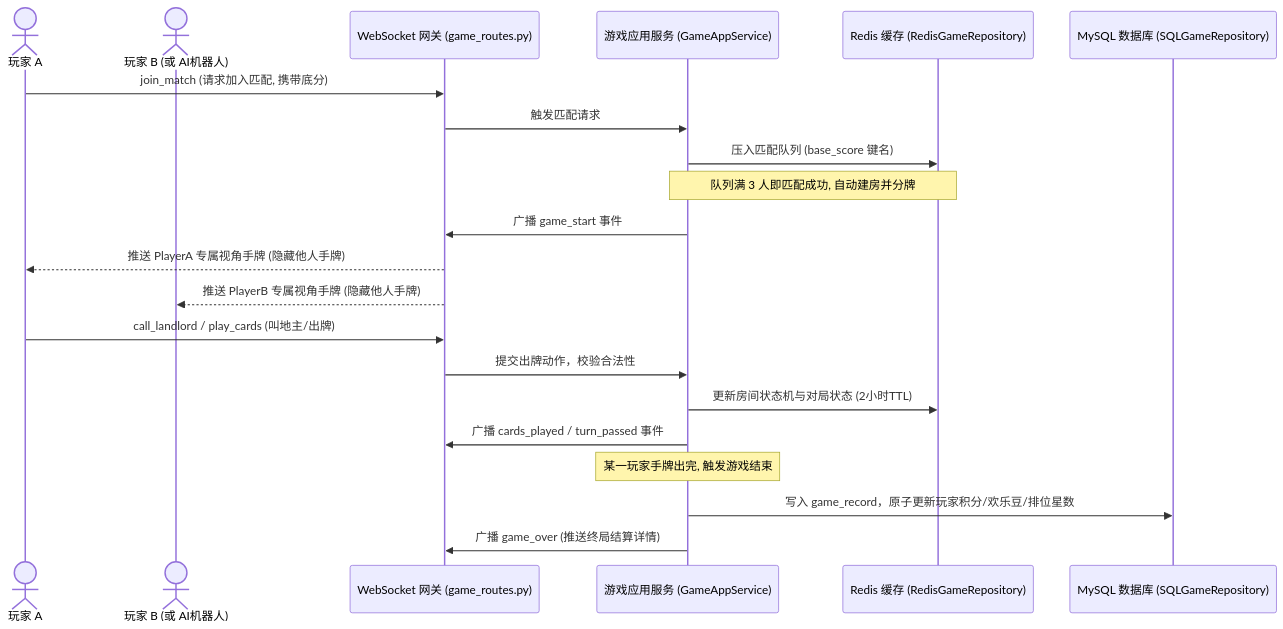
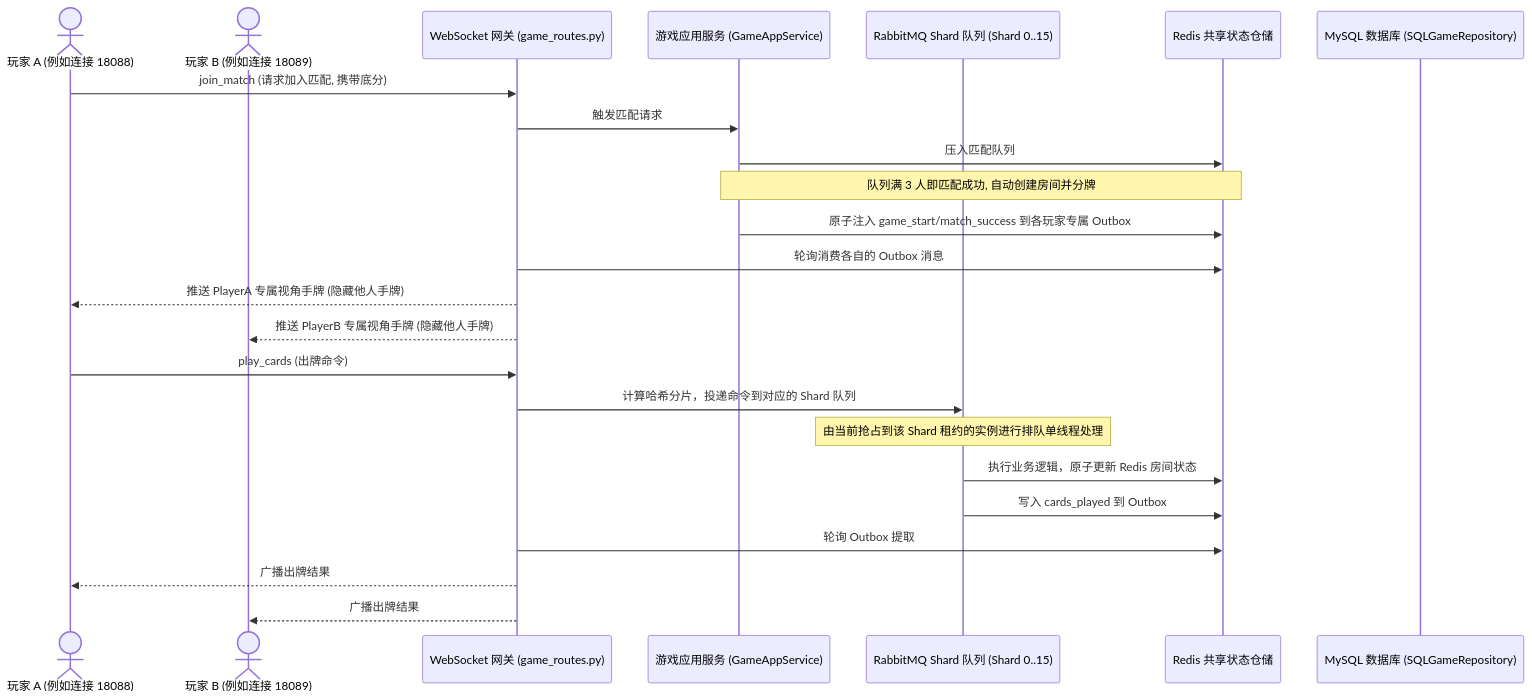
The diagram in README.md (longge-521/happy_doudizhu), drawn with Mermaid before and after one commit. The commit also changed other lines of this file and 27 other files, not shown here.

````diff
--- a/README.md
+++ b/README.md
@@ -312,26 +385,28 @@
 ```mermaid
 sequenceDiagram
-    actor PlayerA as 玩家 A
-    actor PlayerB as 玩家 B (或 AI机器人)
+    actor PlayerA as 玩家 A (例如连接 18088)
+    actor PlayerB as 玩家 B (例如连接 18089)
     participant WS as WebSocket 网关 (game_routes.py)
     participant AppService as 游戏应用服务 (GameAppService)
-    participant Redis as Redis 缓存 (RedisGameRepository)
+    participant Shard as RabbitMQ Shard 队列 (Shard 0..15)
+    participant Redis as Redis 共享状态仓储
     participant DB as MySQL 数据库 (SQLGameRepository)
 
     PlayerA->>WS: join_match (请求加入匹配, 携带底分)
     WS->>AppService: 触发匹配请求
-    AppService->>Redis: 压入匹配队列 (base_score 键名)
-    Note over AppService, Redis: 队列满 3 人即匹配成功, 自动建房并分牌
-    AppService->>WS: 广播 game_start 事件
+    AppService->>Redis: 压入匹配队列
+    Note over AppService, Redis: 队列满 3 人即匹配成功, 自动创建房间并分牌
+    AppService->>Redis: 原子注入 game_start/match_success 到各玩家专属 Outbox
+    WS->>Redis: 轮询消费各自的 Outbox 消息
     WS-->>PlayerA: 推送 PlayerA 专属视角手牌 (隐藏他人手牌)
     WS-->>PlayerB: 推送 PlayerB 专属视角手牌 (隐藏他人手牌)
     
-    PlayerA->>WS: call_landlord / play_cards (叫地主/出牌)
-    WS->>AppService: 提交出牌动作，校验合法性
-    AppService->>Redis: 更新房间状态机与对局状态 (2小时TTL)
-    AppService->>WS: 广播 cards_played / turn_passed 事件
-
-    Note over AppService: 某一玩家手牌出完, 触发游戏结束
-    AppService->>DB: 写入 game_record，原子更新玩家积分/欢乐豆/排位星数
-    AppService->>WS: 广播 game_over (推送终局结算详情)
+    PlayerA->>WS: play_cards (出牌命令)
+    WS->>Shard: 计算哈希分片，投递命令到对应的 Shard 队列
+    Note over Shard: 由当前抢占到该 Shard 租约的实例进行排队单线程处理
+    Shard->>Redis: 执行业务逻辑，原子更新 Redis 房间状态
+    Shard->>Redis: 写入 cards_played 到 Outbox
+    WS->>Redis: 轮询 Outbox 提取
+    WS-->>PlayerA: 广播出牌结果
+    WS-->>PlayerB: 广播出牌结果
 ```
````
